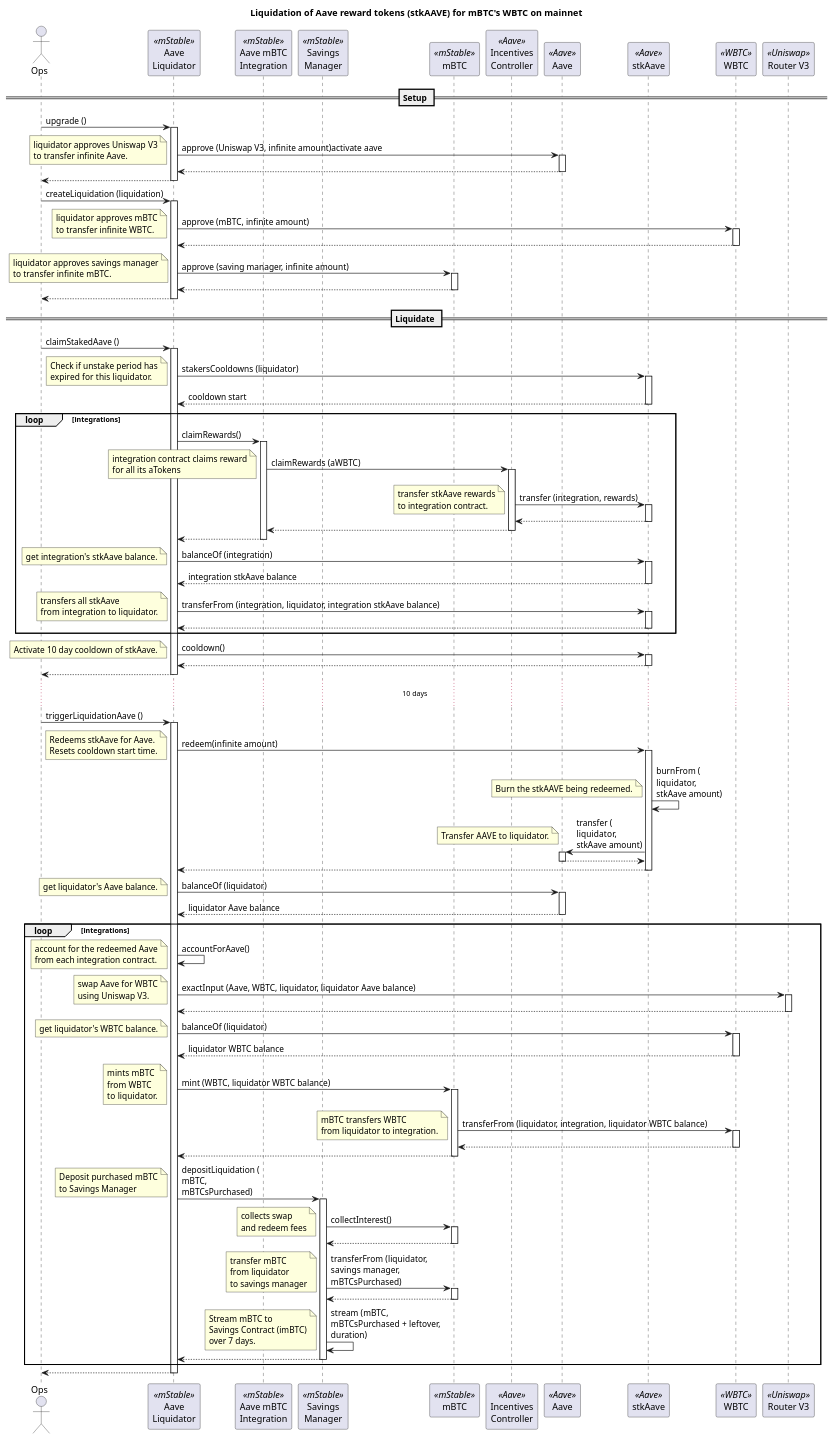
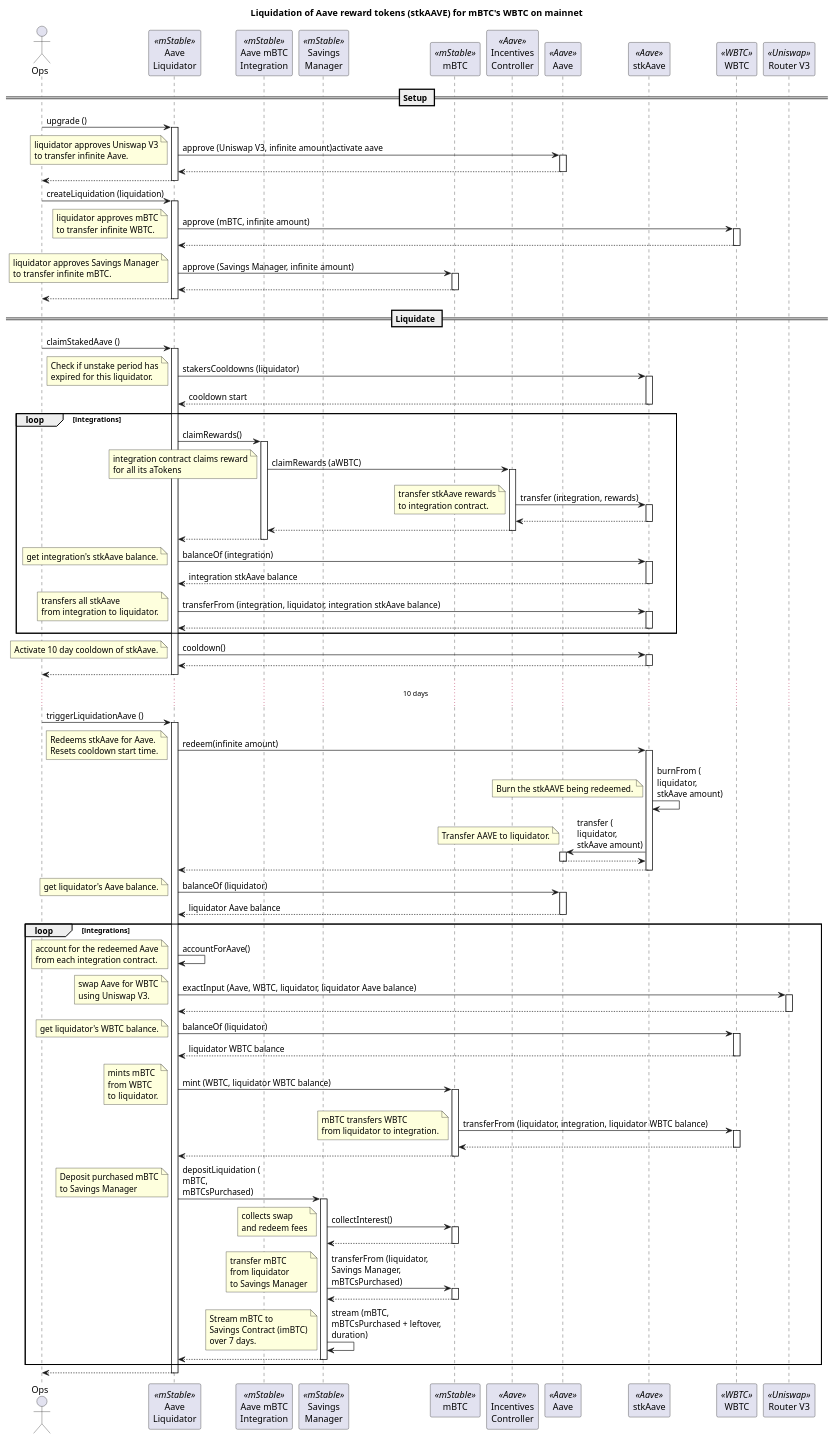
One commit to mstable/mStable-process-docs changed the diagram in liquidations/aaveMbtcLiquidation.puml. Above: the diagram before and after it, drawn with PlantUML. The commit also changed 17 other files, not shown here.

```diff
--- a/liquidations/aaveMbtcLiquidation.puml
+++ b/liquidations/aaveMbtcLiquidation.puml
@@ -1,133 +1,133 @@
 @startuml
 
 title "Liquidation of Aave reward tokens (stkAAVE) for mBTC's WBTC on mainnet"
  
 actor Ops as ops
 participant "Aave\nLiquidator" as liq <<mStable>>
 participant "Aave mBTC\nIntegration" as int <<mStable>>
 participant "Savings\nManager" as sm <<mStable>>
 participant "mBTC" as mAsset <<mStable>>
 participant "Incentives\nController" as ic <<Aave>>
 participant "Aave" as aave <<Aave>>
 participant "stkAave" as stkAave <<Aave>>
 participant "WBTC" as usdc <<WBTC>>
 participant "Router V3" as uni <<Uniswap>>
 
 == Setup ==
 
 ops -> liq : upgrade ()
 activate liq
 liq -> aave : approve (Uniswap V3, infinite amount)activate aave
 activate aave
 note left : liquidator approves Uniswap V3\nto transfer infinite Aave.
 return
 return
 
 ops -> liq : createLiquidation (liquidation)
 activate liq
 liq -> usdc : approve (mBTC, infinite amount)
 activate usdc
 note left : liquidator approves mBTC\nto transfer infinite WBTC.
 return
-liq -> mAsset : approve (saving manager, infinite amount)
+liq -> mAsset : approve (Savings Manager, infinite amount)
 activate mAsset
-note left : liquidator approves savings manager\nto transfer infinite mBTC.
+note left : liquidator approves Savings Manager\nto transfer infinite mBTC.
 return
 return
 
 == Liquidate ==
 
 ops -> liq : claimStakedAave ()
 activate liq
 liq -> stkAave : stakersCooldowns (liquidator)
 note left : Check if unstake period has\nexpired for this liquidator.
 activate stkAave
 return cooldown start
 loop integrations
 liq -> int : claimRewards()
 activate int
 int -> ic : claimRewards (aWBTC)
 note left : integration contract claims reward\nfor all its aTokens
 activate ic
 ic -> stkAave : transfer (integration, rewards)
 note left : transfer stkAave rewards\nto integration contract.
 activate stkAave
 return
 return
 return
 liq -> stkAave : balanceOf (integration)
 activate stkAave
 note left : get integration's stkAave balance.
 return integration stkAave balance
 liq -> stkAave : transferFrom (integration, liquidator, integration stkAave balance)
 note left : transfers all stkAave\nfrom integration to liquidator.
 activate stkAave
 return
 end
 liq -> stkAave : cooldown()
 note left : Activate 10 day cooldown of stkAave.
 activate stkAave
 return
 return
 
 ...10 days...
 
 ops -> liq : triggerLiquidationAave ()
 activate liq
 liq -> stkAave : redeem(infinite amount)
 activate stkAave
 note left : Redeems stkAave for Aave.\nResets cooldown start time.
 stkAave -> stkAave : burnFrom (\nliquidator,\nstkAave amount)
 note left : Burn the stkAAVE being redeemed.
 stkAave -> aave : transfer (\nliquidator,\nstkAave amount)
 note left : Transfer AAVE to liquidator.
 activate aave
 return
 return
 
 liq -> aave : balanceOf (liquidator)
 activate aave
 note left : get liquidator's Aave balance.
 return liquidator Aave balance
 
 loop integrations
 liq -> liq : accountForAave()
 note left : account for the redeemed Aave\nfrom each integration contract.
 
 liq -> uni : exactInput (Aave, WBTC, liquidator, liquidator Aave balance)
 activate uni
 note left : swap Aave for WBTC\nusing Uniswap V3.
 return
 
 liq -> usdc : balanceOf (liquidator)
 activate usdc
 note left: get liquidator's WBTC balance.
 return liquidator WBTC balance
 
 liq -> mAsset : mint (WBTC, liquidator WBTC balance)
 activate mAsset
 note left : mints mBTC\nfrom WBTC\nto liquidator.
 mAsset -> usdc : transferFrom (liquidator, integration, liquidator WBTC balance)
 activate usdc
 note left : mBTC transfers WBTC\nfrom liquidator to integration.
 return
 return
 
 liq -> sm : depositLiquidation (\nmBTC,\nmBTCsPurchased)
 activate sm
 note left : Deposit purchased mBTC\nto Savings Manager
 sm -> mAsset : collectInterest()
 activate mAsset
 note left : collects swap\nand redeem fees
 return
-sm -> mAsset : transferFrom (liquidator,\nsavings manager,\nmBTCsPurchased)
+sm -> mAsset : transferFrom (liquidator,\nSavings Manager,\nmBTCsPurchased)
 activate mAsset
-note left : transfer mBTC\nfrom liquidator\nto savings manager
+note left : transfer mBTC\nfrom liquidator\nto Savings Manager
 return
 sm -> sm : stream (mBTC,\nmBTCsPurchased + leftover,\nduration)
 note left : Stream mBTC to\nSavings Contract (imBTC)\nover 7 days.
 return
 end
 return
 
 @enduml
```
